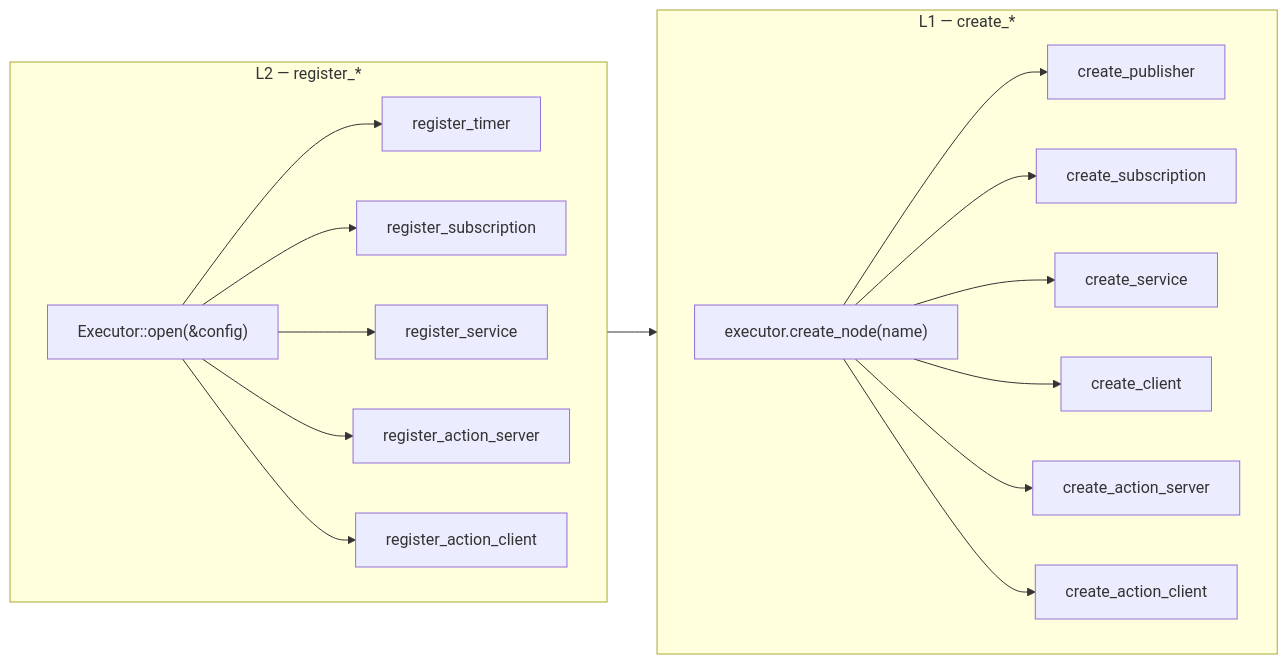
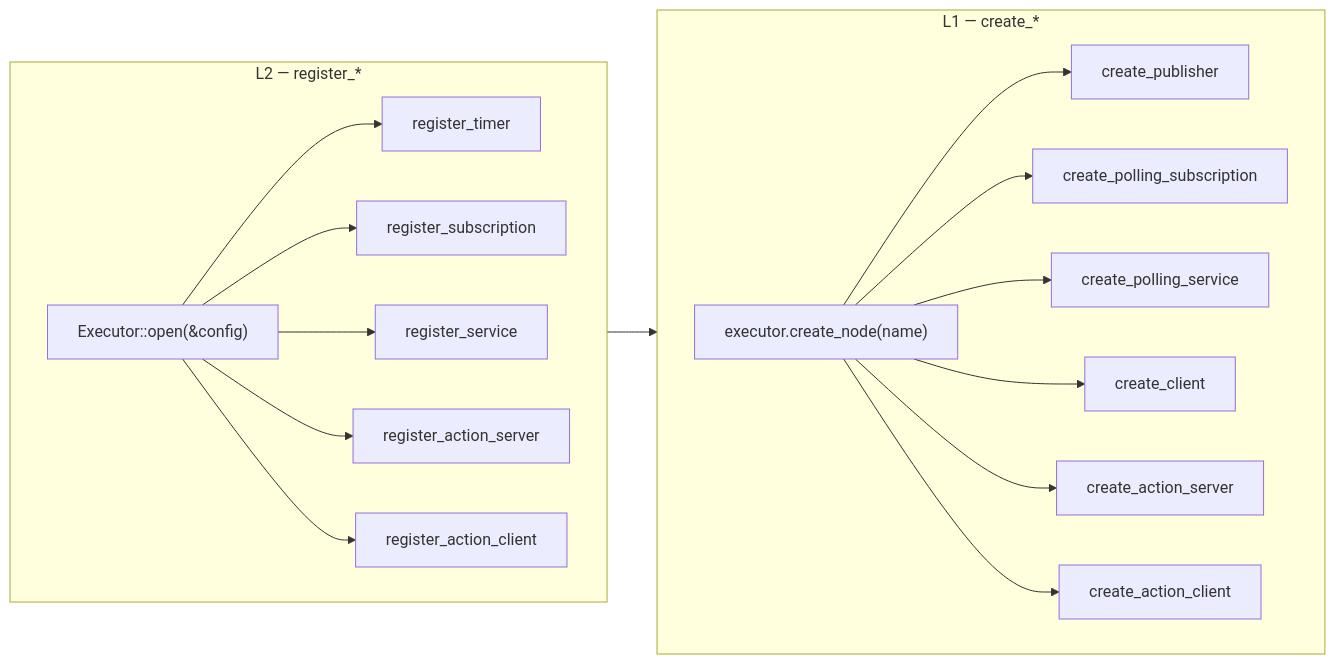
Before and after one commit to NEWSLabNTU/nano-ros: the diagram in book/src/concepts/two-layer-api.md, drawn with Mermaid. The commit also changed other lines of this file and 25 other files, not shown here.

````diff
--- a/book/src/concepts/two-layer-api.md
+++ b/book/src/concepts/two-layer-api.md
@@ -28,23 +35,23 @@
 ```mermaid
 graph LR
     EX["Executor::open(&config)"] --> NODE["executor.create_node(name)"]
 
     subgraph "L2 — register_*"
       direction LR
       EX --> R_T["register_timer"]
       EX --> R_S["register_subscription"]
       EX --> R_SVC["register_service"]
       EX --> R_AS["register_action_server"]
       EX --> R_AC["register_action_client"]
     end
 
     subgraph "L1 — create_*"
       direction LR
       NODE --> C_P["create_publisher"]
-      NODE --> C_S["create_subscription"]
-      NODE --> C_SS["create_service"]
+      NODE --> C_S["create_polling_subscription"]
+      NODE --> C_SS["create_polling_service"]
       NODE --> C_SC["create_client"]
       NODE --> C_AS["create_action_server"]
       NODE --> C_AC["create_action_client"]
     end
 ```
````
